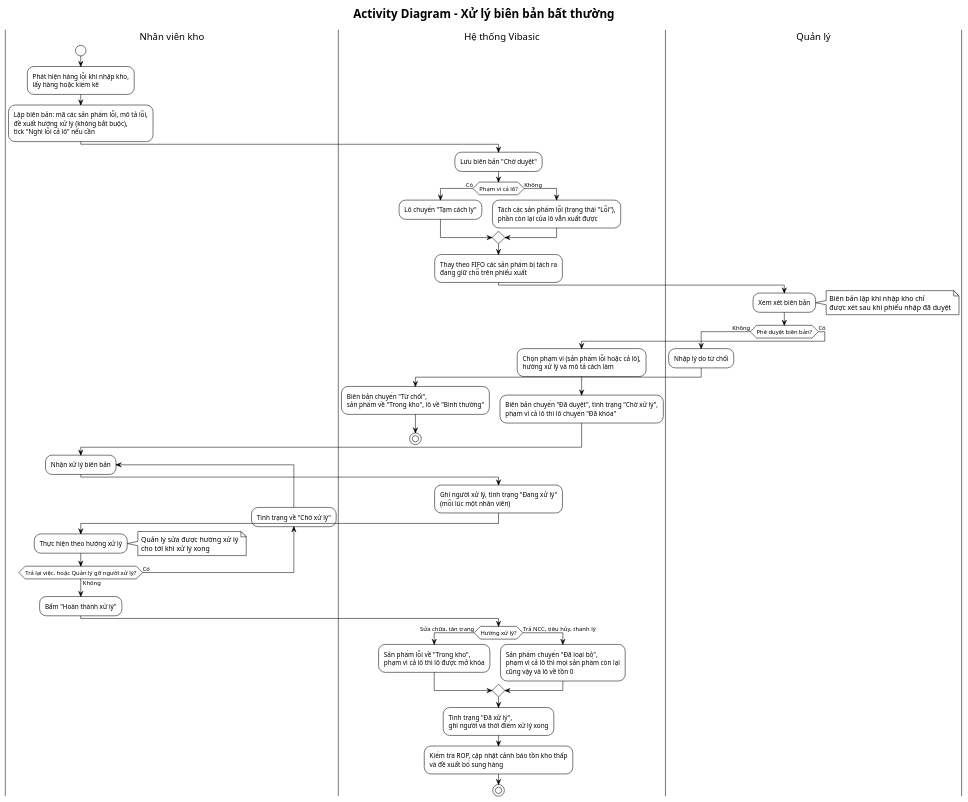
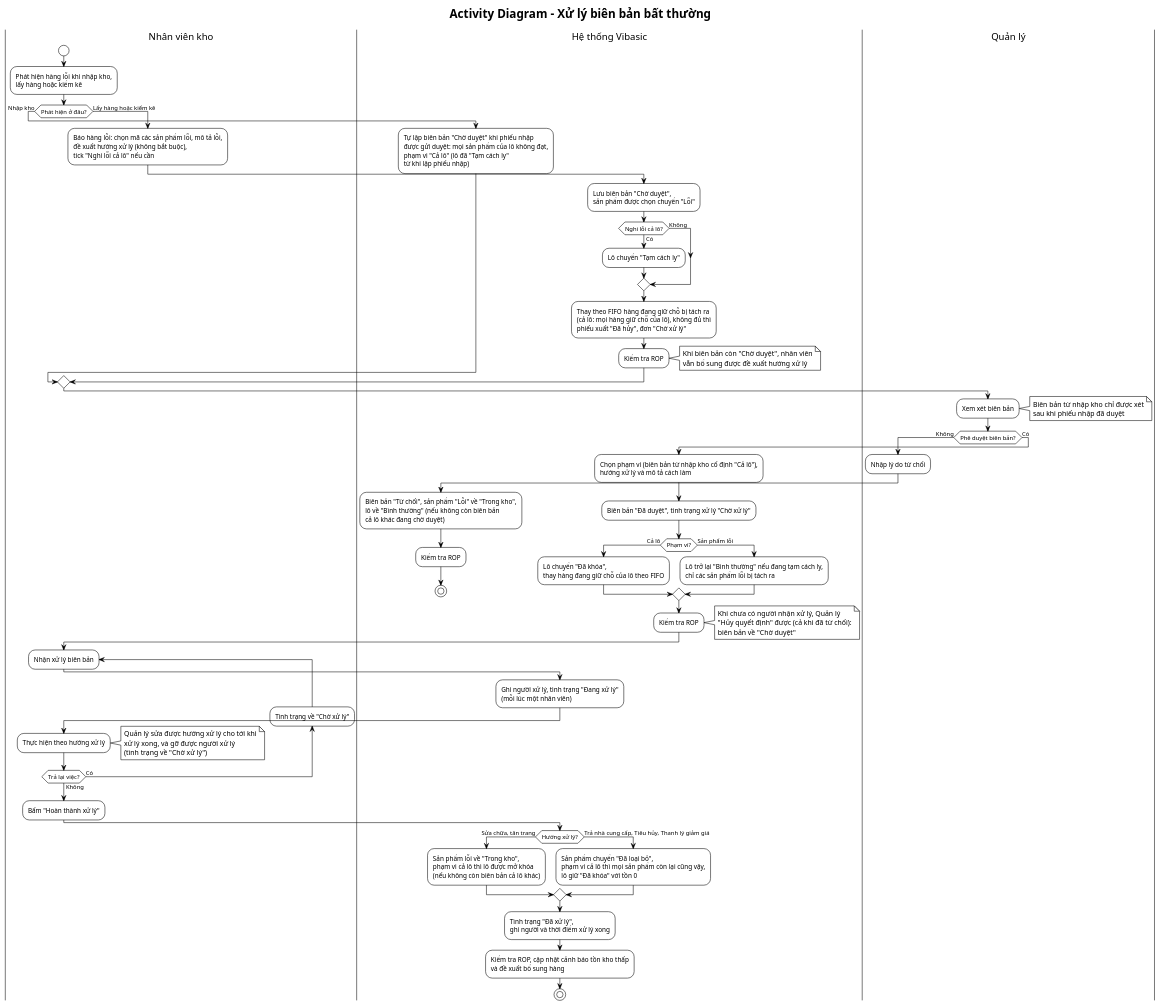
One commit to Blessindisguise/vibasic changed the diagram in docs/so-do-hoat-dong-bat-thuong.puml. Above: the diagram before and after it, drawn with PlantUML. The commit also changed 29 other files, not shown here.

First line of the commit message:
Lấy hàng có nút Bỏ lấy; hộp xác nhận chặn bấm đúp; sơ đồ hoạt động hủy đơn

```diff
--- a/docs/so-do-hoat-dong-bat-thuong.puml
+++ b/docs/so-do-hoat-dong-bat-thuong.puml
@@ -1,78 +1,107 @@
 @startuml
 !theme plain
 title Activity Diagram - Xử lý biên bản bất thường
 
 |Nhân viên kho|
 |Hệ thống Vibasic|
 |Quản lý|
 
 |Nhân viên kho|
 start
 :Phát hiện hàng lỗi khi nhập kho,
 lấy hàng hoặc kiểm kê;
-:Lập biên bản: mã các sản phẩm lỗi, mô tả lỗi,
-đề xuất hướng xử lý (không bắt buộc),
-tick "Nghi lỗi cả lô" nếu cần;
-
-|Hệ thống Vibasic|
-:Lưu biên bản "Chờ duyệt";
-if (Phạm vi cả lô?) then (Có)
-  :Lô chuyển "Tạm cách ly";
-else (Không)
-  :Tách các sản phẩm lỗi (trạng thái "Lỗi"),
-  phần còn lại của lô vẫn xuất được;
+if (Phát hiện ở đâu?) then (Nhập kho)
+  |Hệ thống Vibasic|
+  :Tự lập biên bản "Chờ duyệt" khi phiếu nhập
+  được gửi duyệt: mọi sản phẩm của lô không đạt,
+  phạm vi "Cả lô" (lô đã "Tạm cách ly"
+  từ khi lập phiếu nhập);
+else (Lấy hàng hoặc kiểm kê)
+  |Nhân viên kho|
+  :Báo hàng lỗi: chọn mã các sản phẩm lỗi, mô tả lỗi,
+  đề xuất hướng xử lý (không bắt buộc),
+  tick "Nghi lỗi cả lô" nếu cần;
+  |Hệ thống Vibasic|
+  :Lưu biên bản "Chờ duyệt",
+  sản phẩm được chọn chuyển "Lỗi";
+  if (Nghi lỗi cả lô?) then (Có)
+    :Lô chuyển "Tạm cách ly";
+  else (Không)
+  endif
+  :Thay theo FIFO hàng đang giữ chỗ bị tách ra
+  (cả lô: mọi hàng giữ chỗ của lô), không đủ thì
+  phiếu xuất "Đã hủy", đơn "Chờ xử lý";
+  :Kiểm tra ROP;
+  note right
+    Khi biên bản còn "Chờ duyệt", nhân viên
+    vẫn bổ sung được đề xuất hướng xử lý
+  end note
 endif
-:Thay theo FIFO các sản phẩm bị tách ra
-đang giữ chỗ trên phiếu xuất;
 
 |Quản lý|
 :Xem xét biên bản;
 note right
-  Biên bản lập khi nhập kho chỉ
-  được xét sau khi phiếu nhập đã duyệt
+  Biên bản từ nhập kho chỉ được xét
+  sau khi phiếu nhập đã duyệt
 end note
 if (Phê duyệt biên bản?) then (Không)
   :Nhập lý do từ chối;
   |Hệ thống Vibasic|
-  :Biên bản chuyển "Từ chối",
-  sản phẩm về "Trong kho", lô về "Bình thường";
+  :Biên bản "Từ chối", sản phẩm "Lỗi" về "Trong kho",
+  lô về "Bình thường" (nếu không còn biên bản
+  cả lô khác đang chờ duyệt);
+  :Kiểm tra ROP;
   stop
 else (Có)
-  :Chọn phạm vi (sản phẩm lỗi hoặc cả lô),
+  :Chọn phạm vi (biên bản từ nhập kho cố định "Cả lô"),
   hướng xử lý và mô tả cách làm;
   |Hệ thống Vibasic|
-  :Biên bản chuyển "Đã duyệt", tình trạng "Chờ xử lý",
-  phạm vi cả lô thì lô chuyển "Đã khóa";
+  :Biên bản "Đã duyệt", tình trạng xử lý "Chờ xử lý";
+  if (Phạm vi?) then (Cả lô)
+    :Lô chuyển "Đã khóa",
+    thay hàng đang giữ chỗ của lô theo FIFO;
+  else (Sản phẩm lỗi)
+    :Lô trở lại "Bình thường" nếu đang tạm cách ly,
+    chỉ các sản phẩm lỗi bị tách ra;
+  endif
+  :Kiểm tra ROP;
+  note right
+    Khi chưa có người nhận xử lý, Quản lý
+    "Hủy quyết định" được (cả khi đã từ chối):
+    biên bản về "Chờ duyệt"
+  end note
 endif
 
 |Nhân viên kho|
 repeat :Nhận xử lý biên bản;
   |Hệ thống Vibasic|
   :Ghi người xử lý, tình trạng "Đang xử lý"
   (mỗi lúc một nhân viên);
   |Nhân viên kho|
   :Thực hiện theo hướng xử lý;
   note right
-    Quản lý sửa được hướng xử lý
-    cho tới khi xử lý xong
+    Quản lý sửa được hướng xử lý cho tới khi
+    xử lý xong, và gỡ được người xử lý
+    (tình trạng về "Chờ xử lý")
   end note
 backward :Tình trạng về "Chờ xử lý";
-repeat while (Trả lại việc, hoặc Quản lý gỡ người xử lý?) is (Có) not (Không)
+repeat while (Trả lại việc?) is (Có) not (Không)
 
 :Bấm "Hoàn thành xử lý";
 
 |Hệ thống Vibasic|
 if (Hướng xử lý?) then (Sửa chữa, tân trang)
   :Sản phẩm lỗi về "Trong kho",
-  phạm vi cả lô thì lô được mở khóa;
-else (Trả NCC, tiêu hủy, thanh lý)
+  phạm vi cả lô thì lô được mở khóa
+  (nếu không còn biên bản cả lô khác);
+else (Trả nhà cung cấp, Tiêu hủy, Thanh lý giảm giá)
   :Sản phẩm chuyển "Đã loại bỏ",
-  phạm vi cả lô thì mọi sản phẩm còn lại
-  cũng vậy và lô về tồn 0;
+  phạm vi cả lô thì mọi sản phẩm còn lại cũng vậy,
+  lô giữ "Đã khóa" với tồn 0;
 endif
 :Tình trạng "Đã xử lý",
 ghi người và thời điểm xử lý xong;
 :Kiểm tra ROP, cập nhật cảnh báo tồn kho thấp
 và đề xuất bổ sung hàng;
 stop
 @enduml
```
